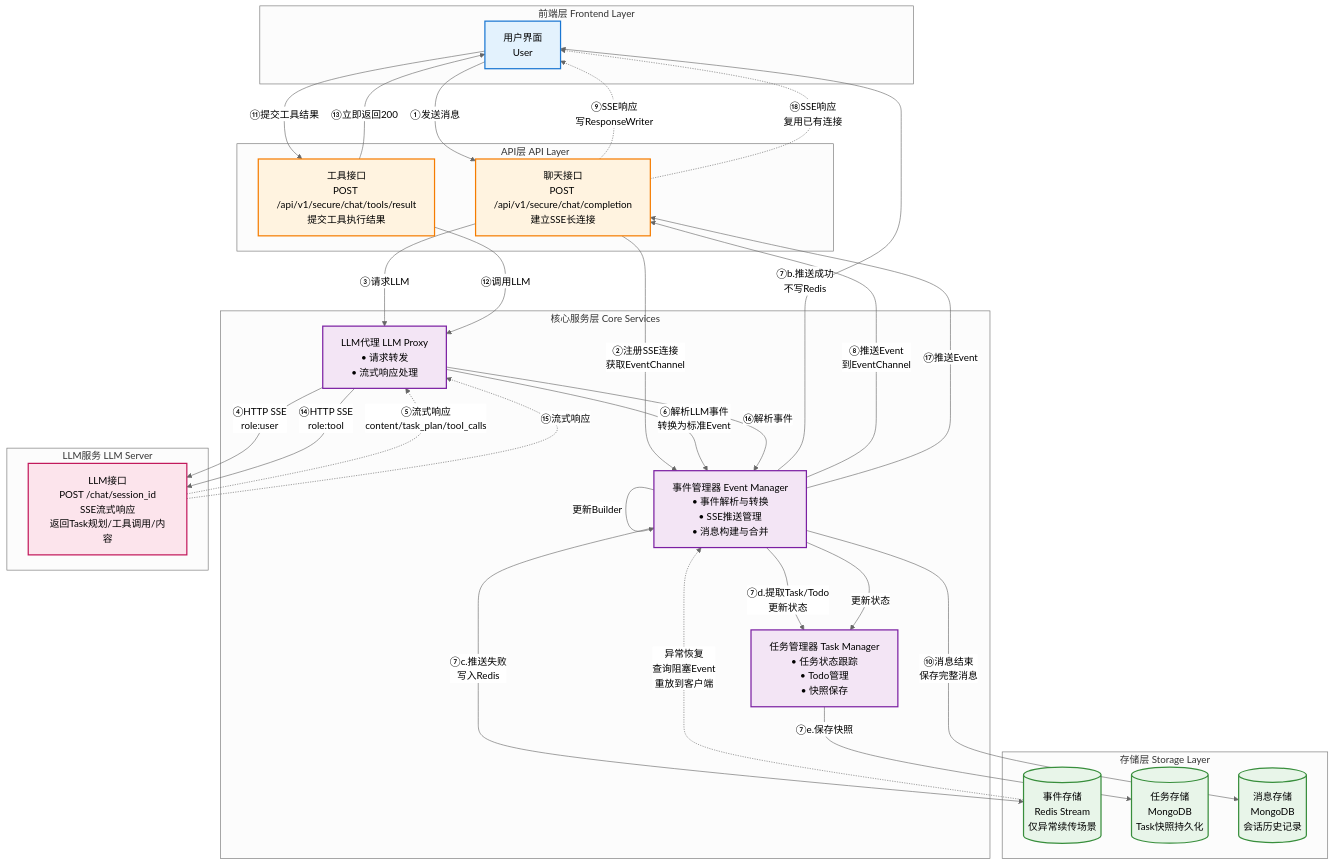
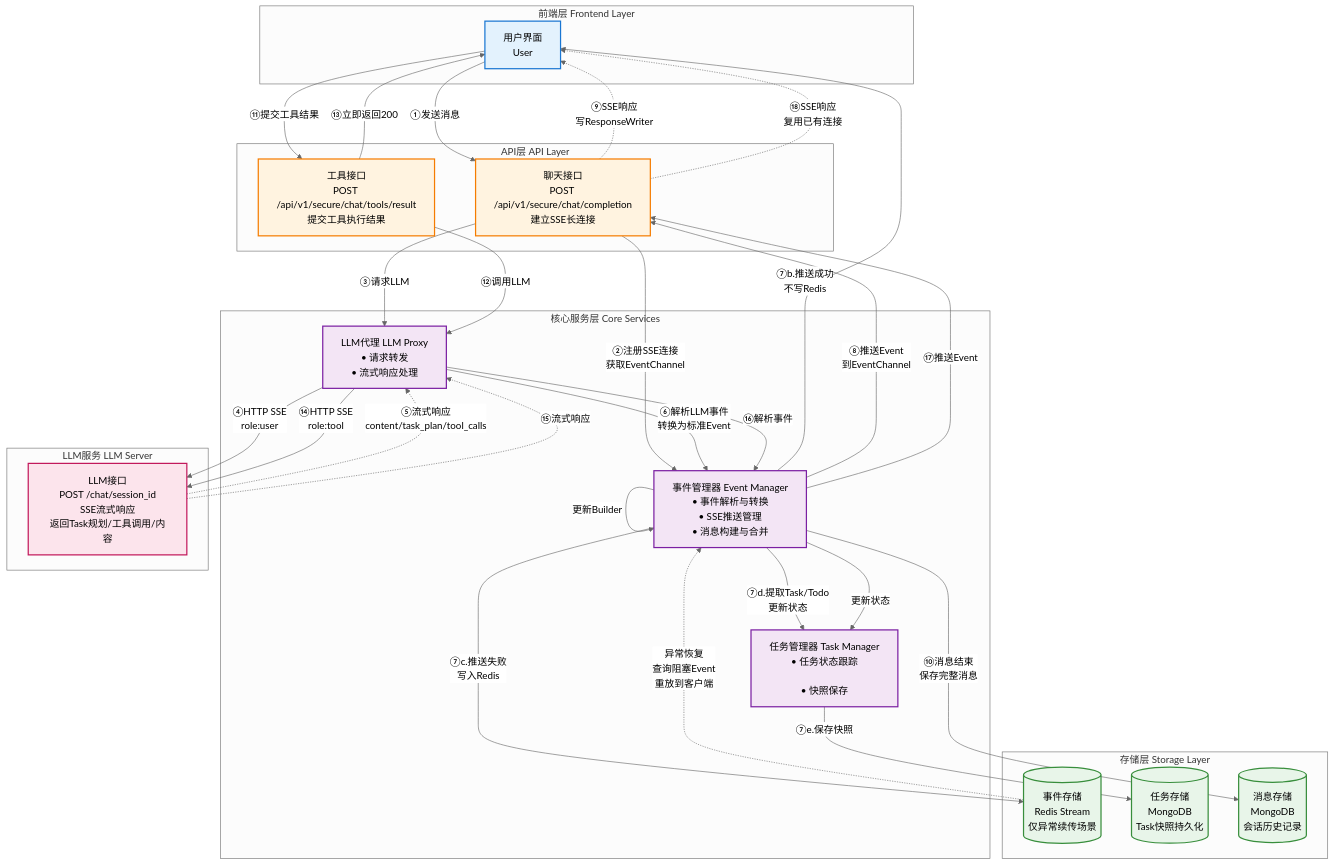
One commit to yingjianzh/iodraw-files changed the diagram in all/未命名-10.md. Above: the diagram before and after it, drawn with Mermaid (neutral theme).

Commit message:
2025-12-25 14:20:56 update

````diff
--- a/all/未命名-10.md
+++ b/all/未命名-10.md
@@ -1,82 +1,82 @@
 ```mermaid
 graph TB
     %% ========== 前端层 ==========
     subgraph Frontend["前端层 Frontend Layer"]
         UI[用户界面<br/>User]
     end
     
     %% ========== API层 ==========
     subgraph APILayer["API层 API Layer"]
         ChatAPI["聊天接口<br/>POST /api/v1/secure/chat/completion<br/>建立SSE长连接"]
         ToolAPI["工具接口<br/>POST /api/v1/secure/chat/tools/result<br/>提交工具执行结果"]
     end
     
     %% ========== 核心服务层 ==========
     subgraph CoreServices["核心服务层 Core Services"]
         EventMgr["事件管理器 Event Manager<br/>• 事件解析与转换<br/>• SSE推送管理<br/>• 消息构建与合并"]
-        TaskMgr["任务管理器 Task Manager<br/>• 任务状态跟踪<br/>• Todo管理<br/>• 快照保存"]
+        TaskMgr["任务管理器 Task Manager<br/>• 任务状态跟踪<br/><br/>• 快照保存"]
         LLMProxy["LLM代理 LLM Proxy<br/>• 请求转发<br/>• 流式响应处理"]
     end
     
     %% ========== 存储层 ==========
     subgraph StorageLayer["存储层 Storage Layer"]
         EventStore[("事件存储<br/>Redis Stream<br/>仅异常续传场景")]
         TaskStore[("任务存储<br/>MongoDB<br/>Task快照持久化")]
         MessageStore[("消息存储<br/>MongoDB<br/>会话历史记录")]
     end
     
     %% ========== LLM服务 ==========
     subgraph LLMService["LLM服务 LLM Server"]
         LLMAPI["LLM接口<br/>POST /chat/session_id<br/>SSE流式响应<br/>返回Task规划/工具调用/内容"]
     end
     
     %% ========== 主流程：用户消息 ==========
     UI -->|"①发送消息"| ChatAPI
     ChatAPI -->|"②注册SSE连接<br/>获取EventChannel"| EventMgr
     ChatAPI -->|"③请求LLM"| LLMProxy
     
     LLMProxy -->|"④HTTP SSE<br/>role:user"| LLMAPI
     LLMAPI -.->|"⑤流式响应<br/>content/task_plan/tool_calls"| LLMProxy
     
     LLMProxy -->|"⑥解析LLM事件<br/>转换为标准Event"| EventMgr
     
     EventMgr -->|"⑦a.更新MessageBuilder<br/>边推送边合并"| EventMgr
     EventMgr -->|"⑦b.推送成功<br/>不写Redis"| UI
     EventMgr -->|"⑦c.推送失败<br/>写入Redis"| EventStore
     EventMgr -->|"⑦d.提取Task/Todo<br/>更新状态"| TaskMgr
     
     TaskMgr -->|"⑦e.保存快照"| TaskStore
     EventMgr -->|"⑧推送Event<br/>到EventChannel"| ChatAPI
     ChatAPI -.->|"⑨SSE响应<br/>写ResponseWriter"| UI
     EventMgr -->|"⑩消息结束<br/>保存完整消息"| MessageStore
     
     %% ========== 工具调用流程 ==========
     UI -->|"⑪提交工具结果"| ToolAPI
     ToolAPI -->|"⑫调用LLM"| LLMProxy
     ToolAPI -->|"⑬立即返回200"| UI
     
     LLMProxy -->|"⑭HTTP SSE<br/>role:tool"| LLMAPI
     LLMAPI -.->|"⑮流式响应"| LLMProxy
     
     LLMProxy -->|"⑯解析事件"| EventMgr
     EventMgr -->|"更新Builder"| EventMgr
     EventMgr -->|"更新状态"| TaskMgr
     EventMgr -->|"⑰推送Event"| ChatAPI
     ChatAPI -.->|"⑱SSE响应<br/>复用已有连接"| UI
     
     %% ========== 异常续传 ==========
     EventStore -.->|"异常恢复<br/>查询阻塞Event<br/>重放到客户端"| EventMgr
     
     %% ========== 样式定义 ==========
     classDef frontendStyle fill:#E3F2FD,stroke:#1976D2,stroke-width:2px,color:#000
     classDef apiStyle fill:#FFF3E0,stroke:#F57C00,stroke-width:2px,color:#000
     classDef serviceStyle fill:#F3E5F5,stroke:#7B1FA2,stroke-width:2px,color:#000
     classDef storageStyle fill:#E8F5E9,stroke:#388E3C,stroke-width:2px,color:#000
     classDef llmStyle fill:#FCE4EC,stroke:#C2185B,stroke-width:2px,color:#000
     
     class UI frontendStyle
     class ChatAPI,ToolAPI apiStyle
     class EventMgr,TaskMgr,LLMProxy serviceStyle
     class EventStore,TaskStore,MessageStore storageStyle
     class LLMAPI llmStyle
 ```
````
